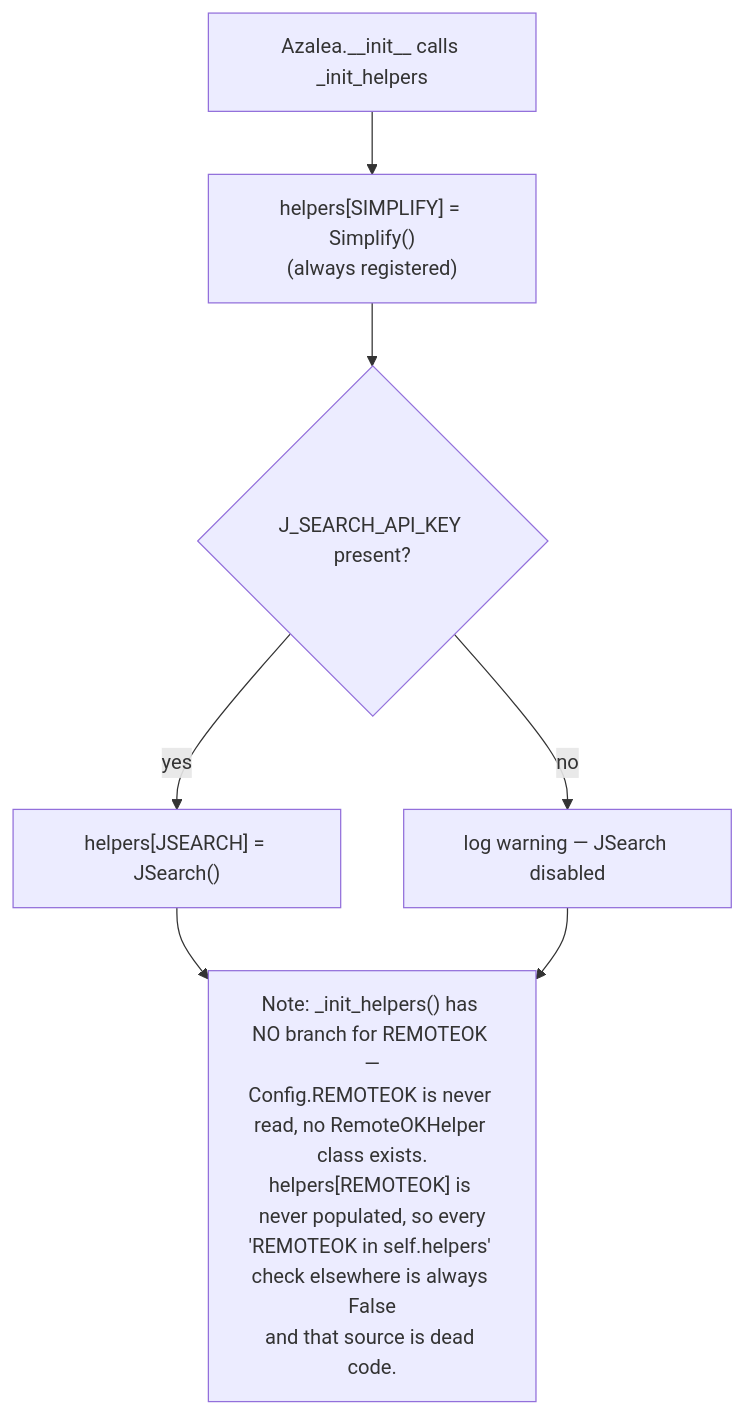
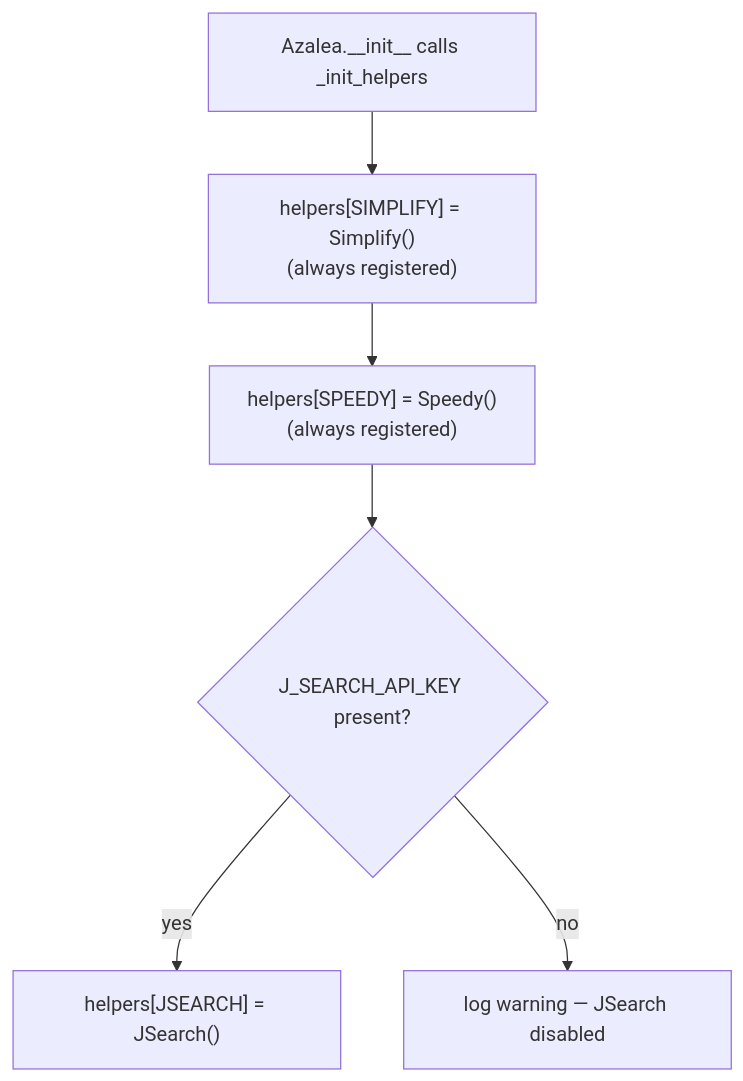
Before and after one commit to AustinDwomoh/libra: the first of 5 diagrams in docs/diagrams/azalea_seq.md, drawn with Mermaid. The commit also changed other lines of this file and 27 other files, not shown here.

````diff
--- a/docs/diagrams/azalea_seq.md
+++ b/docs/diagrams/azalea_seq.md
@@ -1,10 +1,10 @@
 ```mermaid
-%% flowchart — _init_helpers (conditional source registration)
+%% flowchart — _init_helpers (source registration)
+%% NOTE: position_type is forwarded to JSearch only — see fetch_from_source below.
 flowchart TD
     A[Azalea.__init__ calls _init_helpers] --> B["helpers[SIMPLIFY] = Simplify()<br/>(always registered)"]
-    B --> C{J_SEARCH_API_KEY present?}
-    C -->|yes| D["helpers[JSEARCH] = JSearch()"]
-    C -->|no| E[log warning — JSearch disabled]
-    D --> F["Note: _init_helpers() has NO branch for REMOTEOK —<br/>Config.REMOTEOK is never read, no RemoteOKHelper class exists.<br/>helpers[REMOTEOK] is never populated, so every<br/>'REMOTEOK in self.helpers' check elsewhere is always False<br/>and that source is dead code."]
-    E --> F
+    B --> C["helpers[SPEEDY] = Speedy()<br/>(always registered)"]
+    C --> D{J_SEARCH_API_KEY present?}
+    D -->|yes| E["helpers[JSEARCH] = JSearch()"]
+    D -->|no| F[log warning — JSearch disabled]
 ```
````
